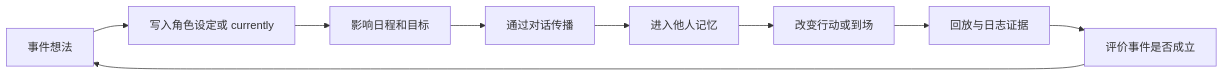
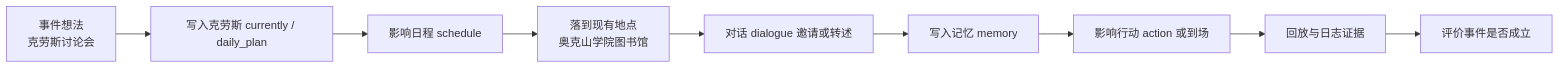
One commit to tbkken/GenerativeAgentsCN changed the first of 3 diagrams in docs/book/manuscript/part_04/chapter_26.md. Above: the diagram before and after it, drawn with Mermaid. The commit also changed other lines of this file and 24 other files, not shown here.

````diff
--- a/docs/book/manuscript/part_04/chapter_26.md
+++ b/docs/book/manuscript/part_04/chapter_26.md
@@ -39,11 +41,11 @@
 ```mermaid
 flowchart LR
-    Idea["事件想法"] --> Persona["写入角色设定或 currently"]
-    Persona --> Plan["影响日程和目标"]
-    Plan --> Dialogue["通过对话传播"]
-    Dialogue --> Memory["进入他人记忆"]
-    Memory --> Action["改变行动或到场"]
+    Idea["事件想法<br/>克劳斯讨论会"] --> Persona["写入克劳斯 currently / daily_plan"]
+    Persona --> Plan["影响日程 schedule"]
+    Plan --> Place["落到现有地点<br/>奥克山学院图书馆"]
+    Place --> Dialogue["对话 dialogue 邀请或转述"]
+    Dialogue --> Memory["写入记忆 memory"]
+    Memory --> Action["影响行动 action 或到场"]
     Action --> Evidence["回放与日志证据"]
     Evidence --> Evaluation["评价事件是否成立"]
-    Evaluation --> Idea
 ```
````
